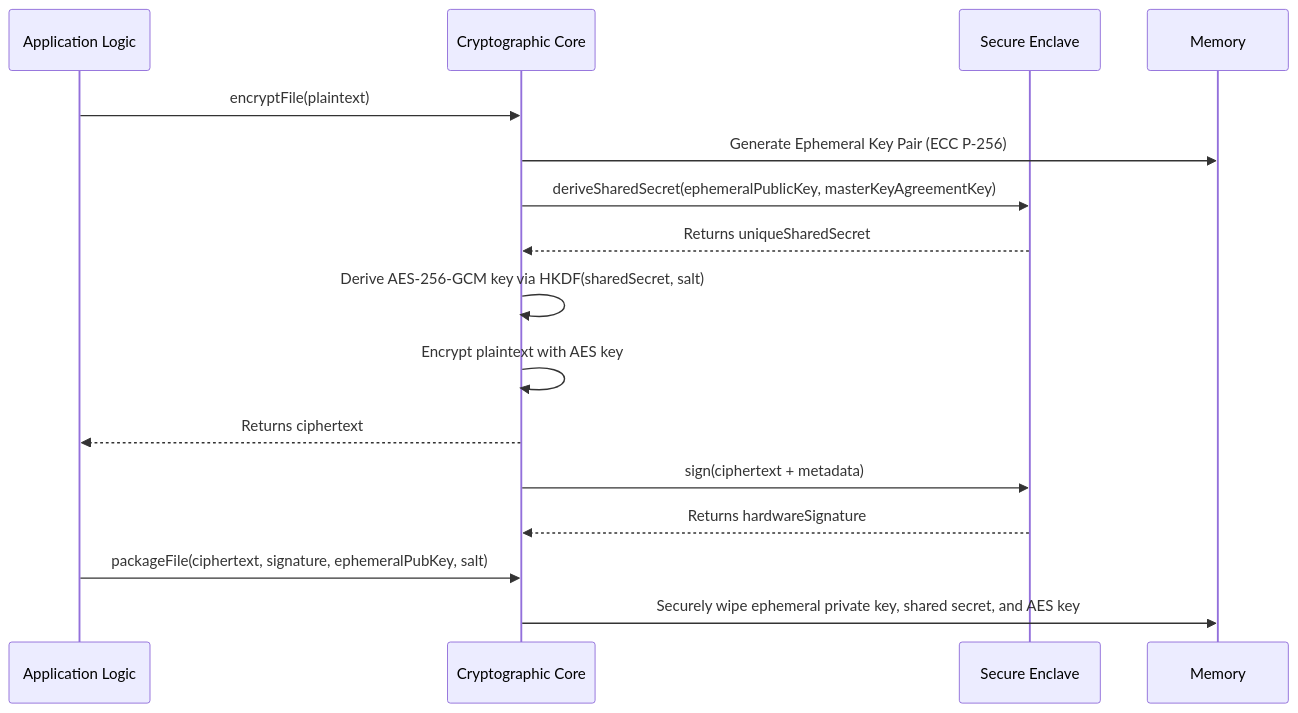
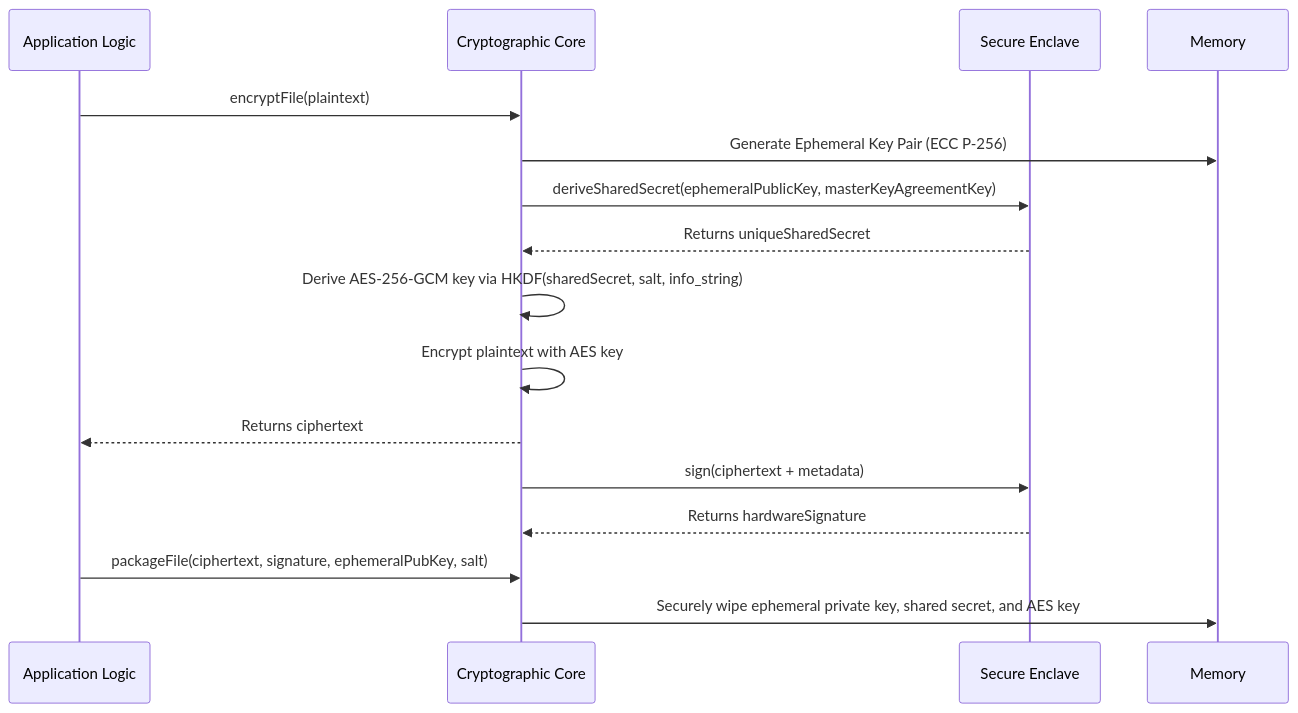
One commit to UltraLocked/UltraLocked changed the fourth of 7 diagrams in whitepaper.md. Above: the diagram before and after it, drawn with Mermaid. The commit also changed other lines of this file and 1 other file, not shown here.

````diff
--- a/whitepaper.md
+++ b/whitepaper.md
@@ -214,19 +214,19 @@
 ```mermaid
 sequenceDiagram
     participant App as Application Logic
     participant CryptoCore as Cryptographic Core
     participant SE as Secure Enclave
     participant Memory
 
     App->>CryptoCore: encryptFile(plaintext)
     CryptoCore->>Memory: Generate Ephemeral Key Pair (ECC P-256)
     CryptoCore->>SE: deriveSharedSecret(ephemeralPublicKey, masterKeyAgreementKey)
     SE-->>CryptoCore: Returns uniqueSharedSecret
-    CryptoCore->>CryptoCore: Derive AES-256-GCM key via HKDF(sharedSecret, salt)
+    CryptoCore->>CryptoCore: Derive AES-256-GCM key via HKDF(sharedSecret, salt, info_string)
     CryptoCore->>CryptoCore: Encrypt plaintext with AES key
     CryptoCore-->>App: Returns ciphertext
     CryptoCore->>SE: sign(ciphertext + metadata)
     SE-->>CryptoCore: Returns hardwareSignature
     App->>CryptoCore: packageFile(ciphertext, signature, ephemeralPubKey, salt)
     CryptoCore->>Memory: Securely wipe ephemeral private key, shared secret, and AES key
 ```
````
